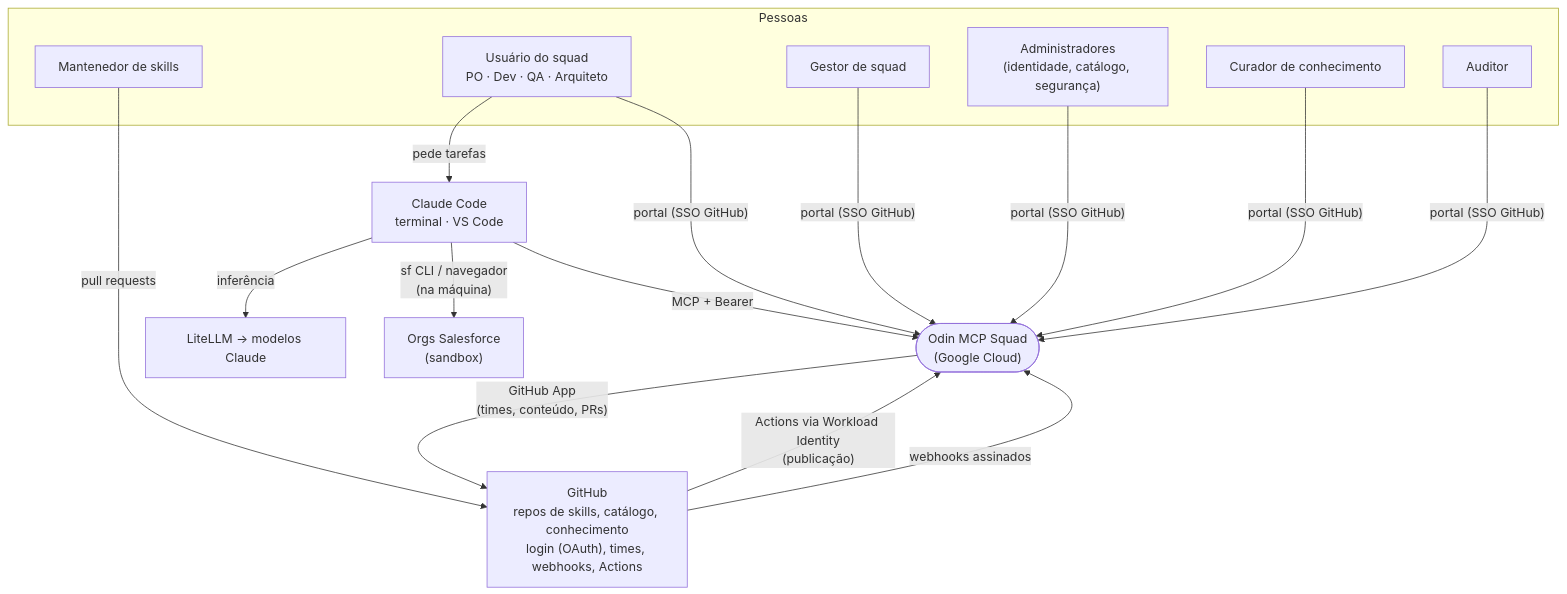
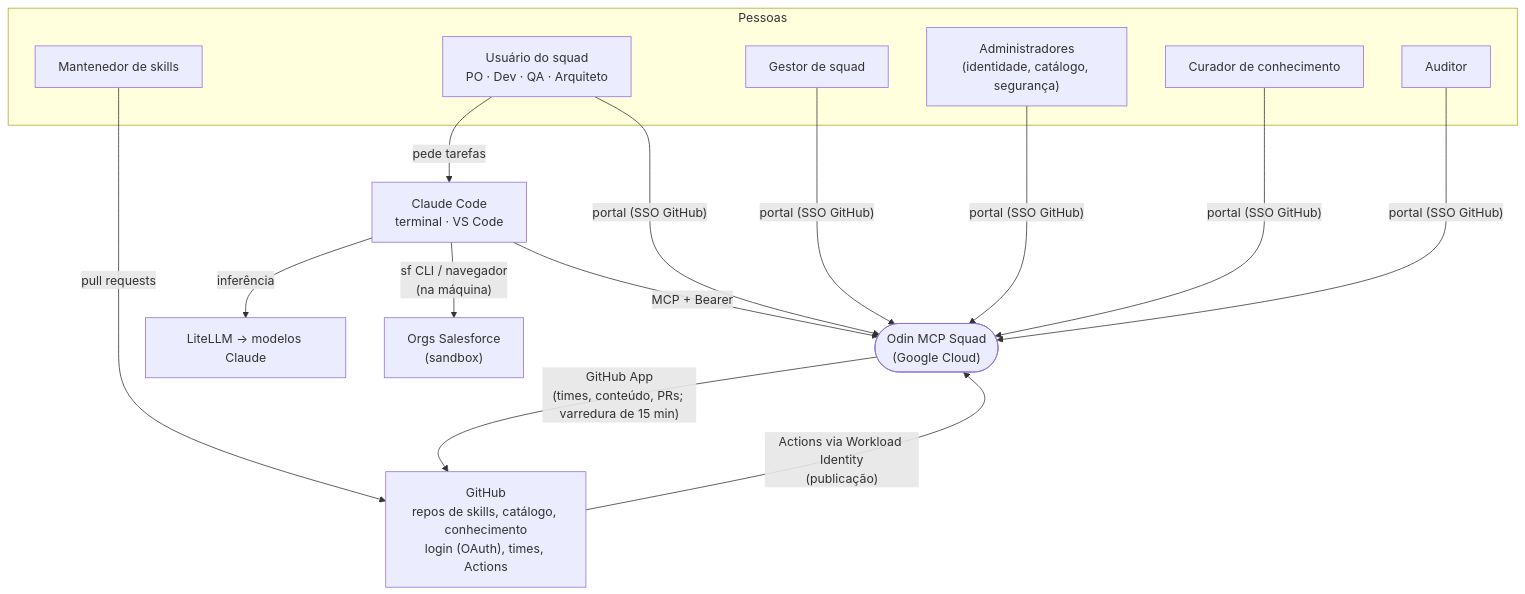
One commit to brunotrolo/Salesforce_Odin_MCP_Squad changed the first of 2 diagrams in docs/arquitetura/01-arquitetura-de-solucao.md. Above: the diagram before and after it, drawn with Mermaid. The commit also changed other lines of this file and 73 other files, not shown here.

First line of the commit message:
ADR 0018: arquitetura enxuta por estágios de custo, contratos em schema e governança

````diff
--- a/docs/arquitetura/01-arquitetura-de-solucao.md
+++ b/docs/arquitetura/01-arquitetura-de-solucao.md
@@ -35,26 +37,25 @@
 ```mermaid
 flowchart TB
   subgraph Pessoas
     U["Usuário do squad<br/>PO · Dev · QA · Arquiteto"]
     GS["Gestor de squad"]
     AD["Administradores<br/>(identidade, catálogo, segurança)"]
     CU["Curador de conhecimento"]
     MT["Mantenedor de skills"]
     AU["Auditor"]
   end
   ODIN(["Odin MCP Squad<br/>(Google Cloud)"])
   CC["Claude Code<br/>terminal · VS Code"]
-  GH["GitHub<br/>repos de skills, catálogo, conhecimento<br/>login (OAuth), times, webhooks, Actions"]
+  GH["GitHub<br/>repos de skills, catálogo, conhecimento<br/>login (OAuth), times, Actions"]
   LL["LiteLLM → modelos Claude"]
   SF["Orgs Salesforce<br/>(sandbox)"]
 
   U -- "pede tarefas" --> CC
   CC -- "MCP + Bearer" --> ODIN
   CC -- "inferência" --> LL
   CC -- "sf CLI / navegador<br/>(na máquina)" --> SF
   U & GS & AD & CU & AU -- "portal (SSO GitHub)" --> ODIN
   MT -- "pull requests" --> GH
   GH -- "Actions via Workload Identity<br/>(publicação)" --> ODIN
-  ODIN -- "GitHub App<br/>(times, conteúdo, PRs)" --> GH
-  GH -- "webhooks assinados" --> ODIN
+  ODIN -- "GitHub App<br/>(times, conteúdo, PRs; varredura de 15 min)" --> GH
 ```
````
